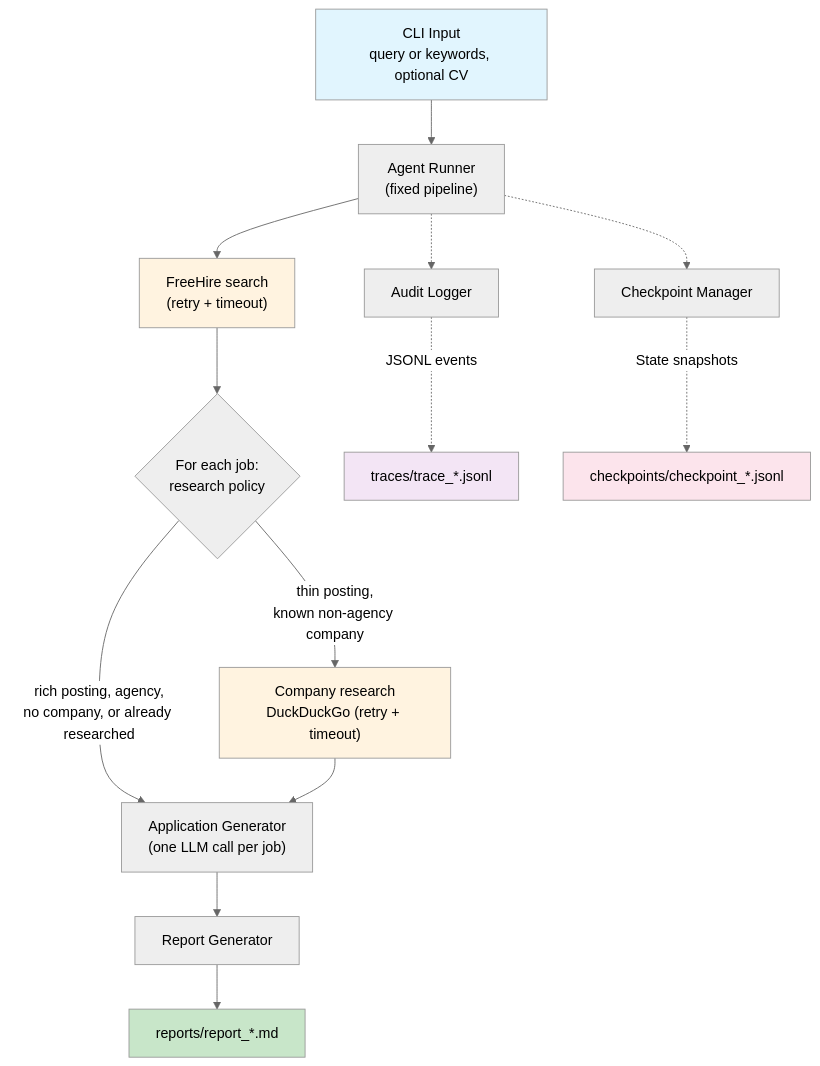
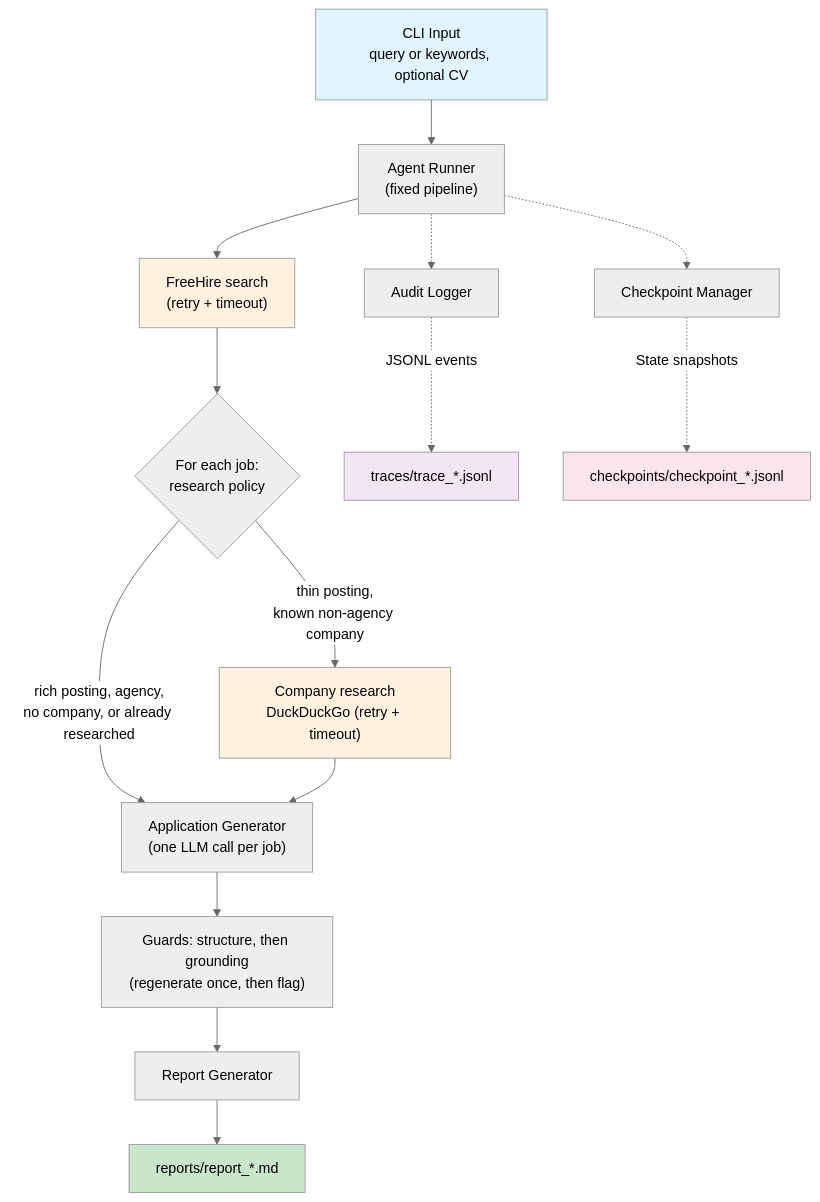
Before and after one commit to mateador/job-hunter-agent: the diagram in README.md, drawn with Mermaid (neutral theme). The commit also changed other lines of this file and 16 other files, not shown here.

````diff
--- a/README.md
+++ b/README.md
@@ -27,24 +27,25 @@
 ```mermaid
 graph TD
     A["CLI Input<br/>query or keywords, optional CV"] --> B["Agent Runner<br/>(fixed pipeline)"]
     B --> F["FreeHire search<br/>(retry + timeout)"]
     F --> P{"For each job:<br/>research policy"}
     P -->|"thin posting,<br/>known non-agency company"| G["Company research<br/>DuckDuckGo (retry + timeout)"]
     P -->|"rich posting, agency,<br/>no company, or already researched"| H
     G --> H["Application Generator<br/>(one LLM call per job)"]
-    H --> I["Report Generator"]
+    H --> Q["Guards: structure, then grounding<br/>(regenerate once, then flag)"]
+    Q --> I["Report Generator"]
     I --> J["reports/report_*.md"]
 
     K["Audit Logger"] -.->|"JSONL events"| L["traces/trace_*.jsonl"]
     M["Checkpoint Manager"] -.->|"State snapshots"| N["checkpoints/checkpoint_*.jsonl"]
 
     B -.-> K
     B -.-> M
 
     style A fill:#e1f5fe
     style J fill:#c8e6c9
     style F fill:#fff3e0
     style G fill:#fff3e0
     style L fill:#f3e5f5
     style N fill:#fce4ec
 ```
````
